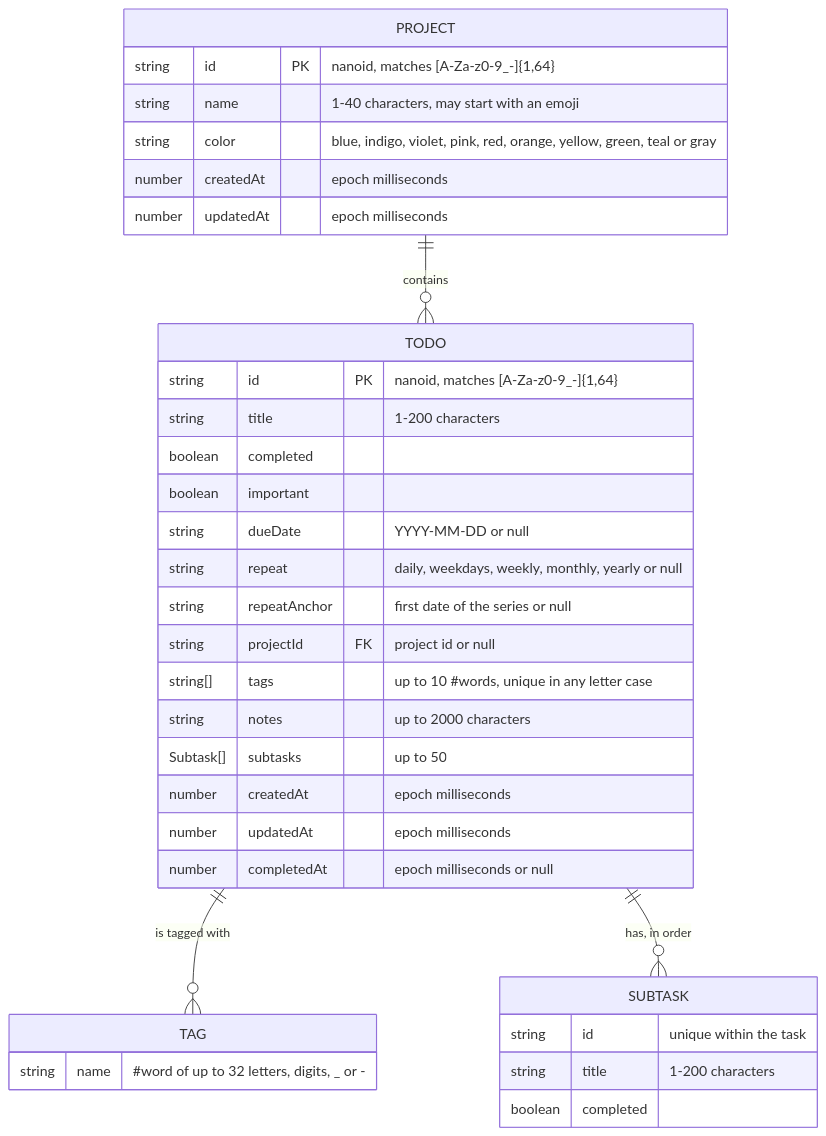
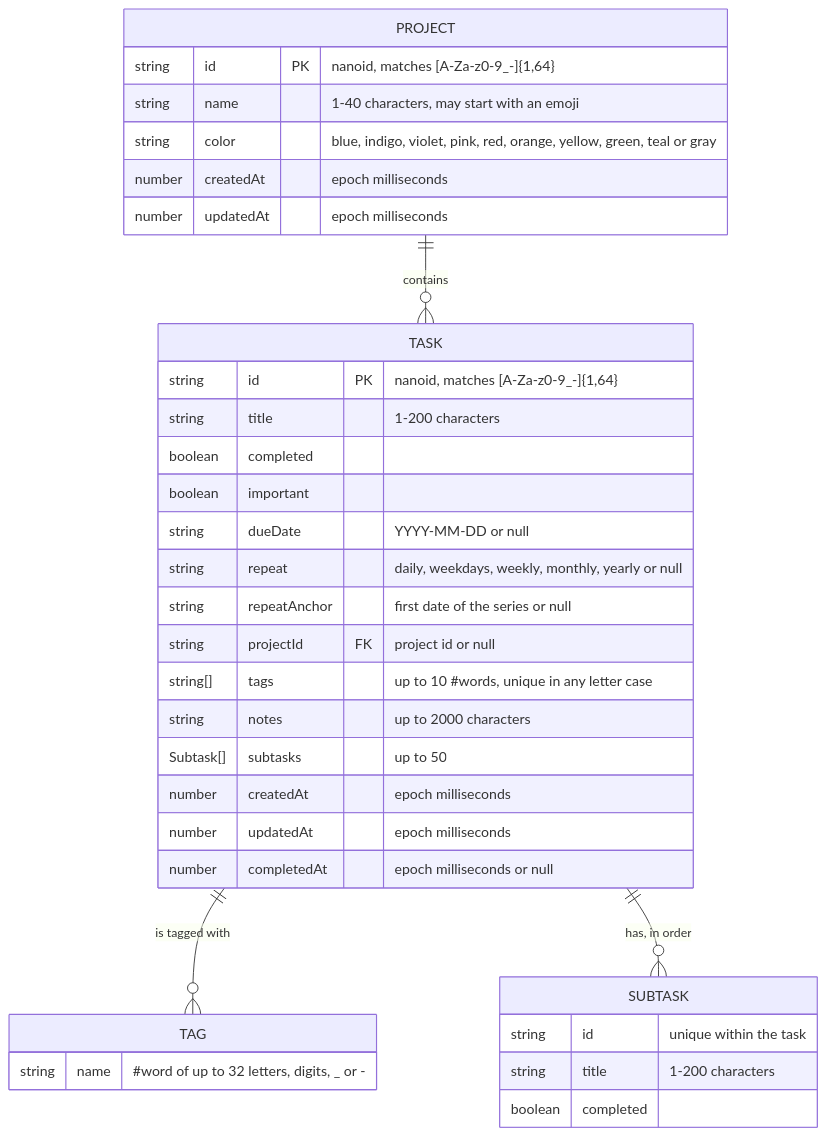
Before and after one commit to sacrificed666/react-todo-app: the third of 10 diagrams in docs/architecture.md, drawn with Mermaid. The commit also changed other lines of this file and 182 other files, not shown here.

````diff
--- a/docs/architecture.md
+++ b/docs/architecture.md
@@ -115,37 +115,37 @@
 ```mermaid
 erDiagram
   PROJECT {
     string id PK "nanoid, matches [A-Za-z0-9_-]{1,64}"
     string name "1-40 characters, may start with an emoji"
     string color "blue, indigo, violet, pink, red, orange, yellow, green, teal or gray"
     number createdAt "epoch milliseconds"
     number updatedAt "epoch milliseconds"
   }
-  TODO {
+  TASK {
     string id PK "nanoid, matches [A-Za-z0-9_-]{1,64}"
     string title "1-200 characters"
     boolean completed
     boolean important
     string dueDate "YYYY-MM-DD or null"
     string repeat "daily, weekdays, weekly, monthly, yearly or null"
     string repeatAnchor "first date of the series or null"
     string projectId FK "project id or null"
     string[] tags "up to 10 #words, unique in any letter case"
     string notes "up to 2000 characters"
     Subtask[] subtasks "up to 50"
     number createdAt "epoch milliseconds"
     number updatedAt "epoch milliseconds"
     number completedAt "epoch milliseconds or null"
   }
   TAG {
     string name "#word of up to 32 letters, digits, _ or -"
   }
   SUBTASK {
     string id "unique within the task"
     string title "1-200 characters"
     boolean completed
   }
-  PROJECT ||--o{ TODO : "contains"
-  TODO ||--o{ TAG : "is tagged with"
-  TODO ||--o{ SUBTASK : "has, in order"
+  PROJECT ||--o{ TASK : "contains"
+  TASK ||--o{ TAG : "is tagged with"
+  TASK ||--o{ SUBTASK : "has, in order"
 ```
````
